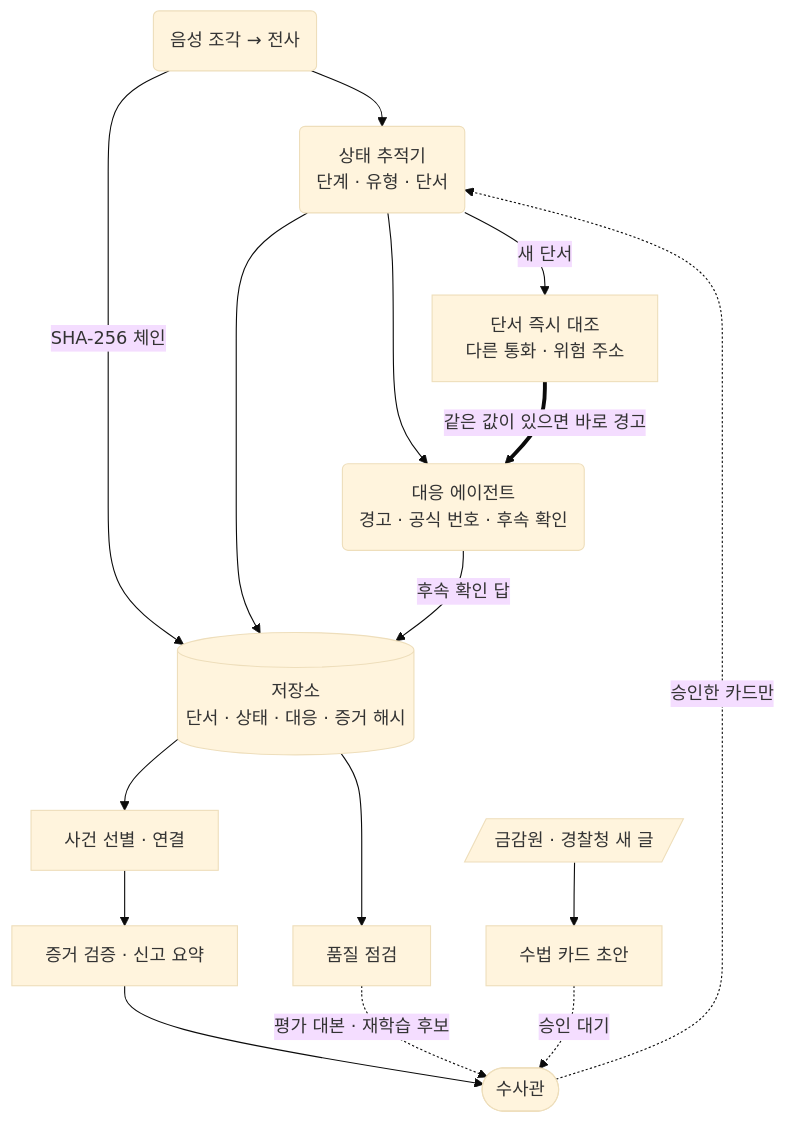
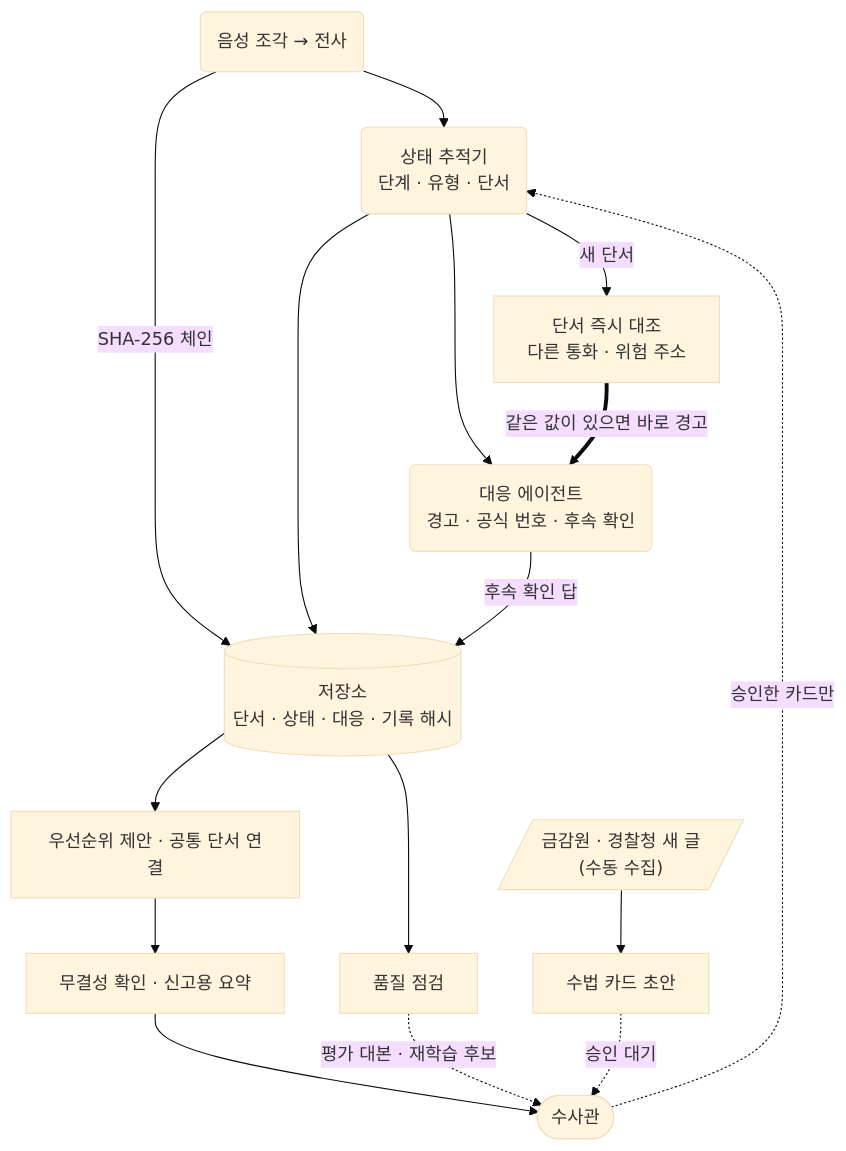
Before and after one commit to J-hosu/VoiceGuard-AI: the diagram in docs/investigator.md, drawn with Mermaid (base theme). The commit also changed other lines of this file and 11 other files, not shown here.

````diff
--- a/docs/investigator.md
+++ b/docs/investigator.md
@@ -38,17 +71,17 @@
 ```mermaid
 flowchart TB
     STT("음성 조각 → 전사") --> TRK("상태 추적기<br/>단계 · 유형 · 단서")
     TRK --> AGT("대응 에이전트<br/>경고 · 공식 번호 · 후속 확인")
     TRK -->|새 단서| MATCH["단서 즉시 대조<br/>다른 통화 · 위험 주소"]
     MATCH ==>|같은 값이 있으면 바로 경고| AGT
-    STT -->|SHA-256 체인| DB[("저장소<br/>단서 · 상태 · 대응 · 증거 해시")]
+    STT -->|SHA-256 체인| DB[("저장소<br/>단서 · 상태 · 대응 · 기록 해시")]
     TRK --> DB
     AGT -->|후속 확인 답| DB
-    DB --> RANK["사건 선별 · 연결"] --> PACK["증거 검증 · 신고 요약"]
+    DB --> RANK["우선순위 제안 · 공통 단서 연결"] --> PACK["무결성 확인 · 신고용 요약"]
     DB --> QA["품질 점검"]
-    SRC[/"금감원 · 경찰청 새 글"/] --> CARD["수법 카드 초안"]
+    SRC[/"금감원 · 경찰청 새 글<br/>(수동 수집)"/] --> CARD["수법 카드 초안"]
     PACK --> MAN(["수사관"])
     QA -.->|평가 대본 · 재학습 후보| MAN
     CARD -.->|승인 대기| MAN
     MAN -.->|승인한 카드만| TRK
 ```
````
